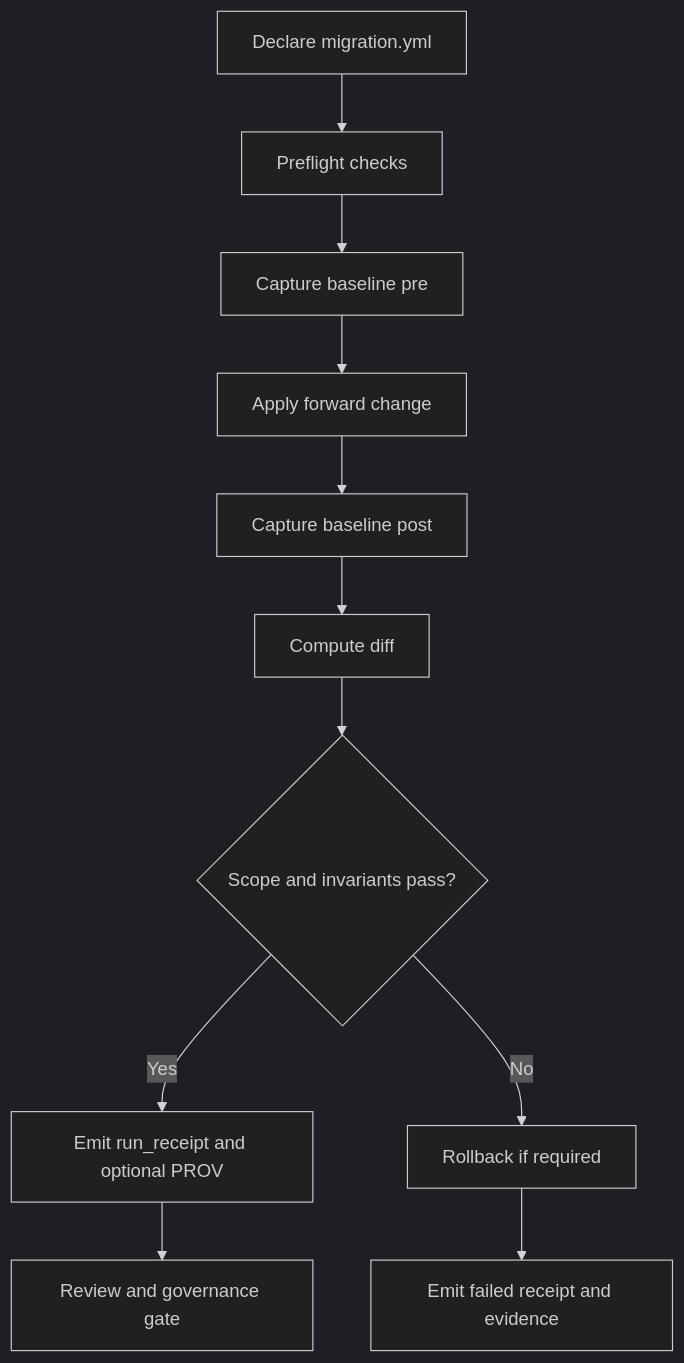
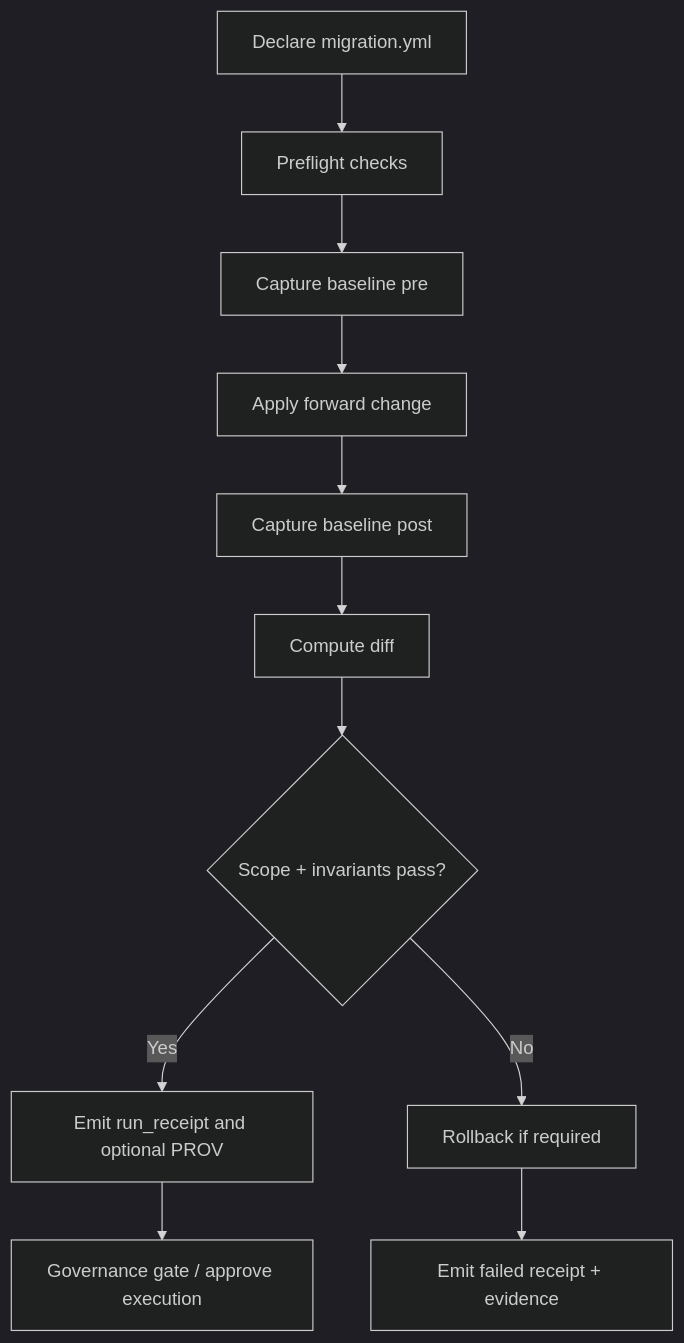
One commit to bartytime4life/Kansas-Frontier-Matrix changed the second of 2 diagrams in migrations/README.md. Above: the diagram before and after it, drawn with Mermaid (dark theme). The commit also changed other lines of this file, not shown here.

````diff
--- a/migrations/README.md
+++ b/migrations/README.md
@@ -539,13 +601,13 @@
 ```mermaid
 flowchart TD
   A[Declare migration.yml] --> B[Preflight checks]
   B --> C[Capture baseline pre]
   C --> D[Apply forward change]
   D --> E[Capture baseline post]
   E --> F[Compute diff]
-  F --> G{Scope and invariants pass?}
+  F --> G{Scope + invariants pass?}
   G -->|Yes| H[Emit run_receipt and optional PROV]
   G -->|No| I[Rollback if required]
-  I --> J[Emit failed receipt and evidence]
-  H --> K[Review and governance gate]
+  I --> J[Emit failed receipt + evidence]
+  H --> K[Governance gate / approve execution]
 ```
````
